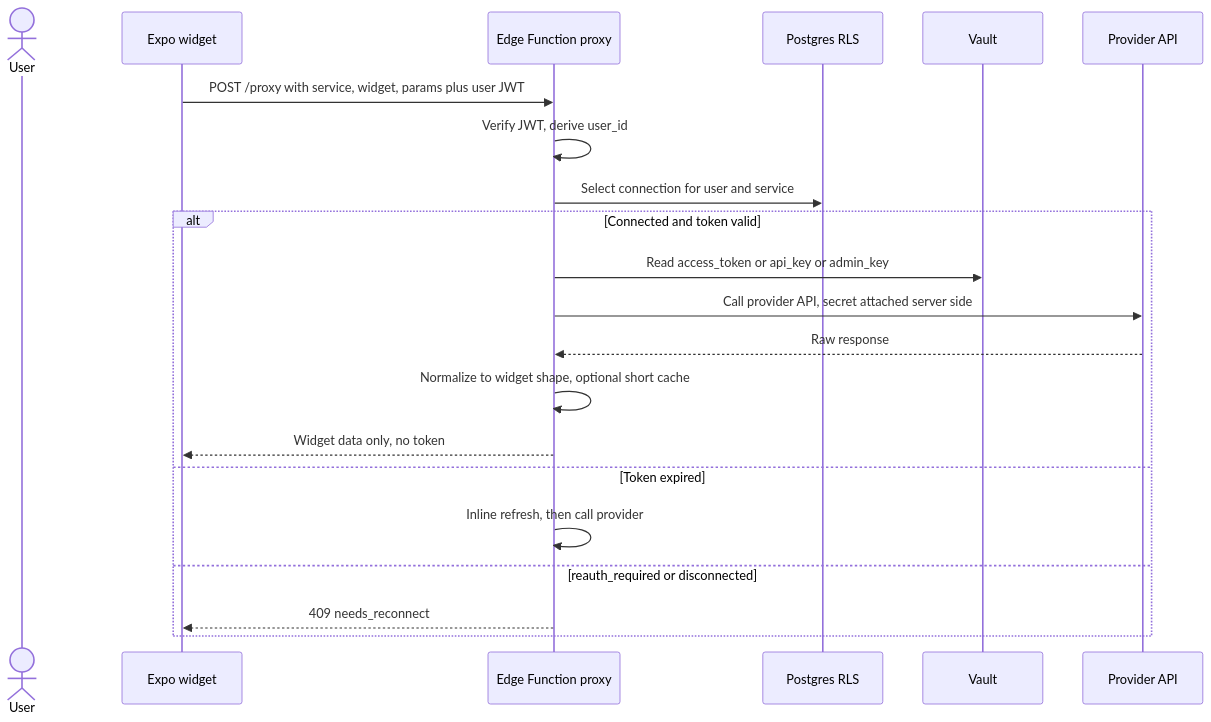
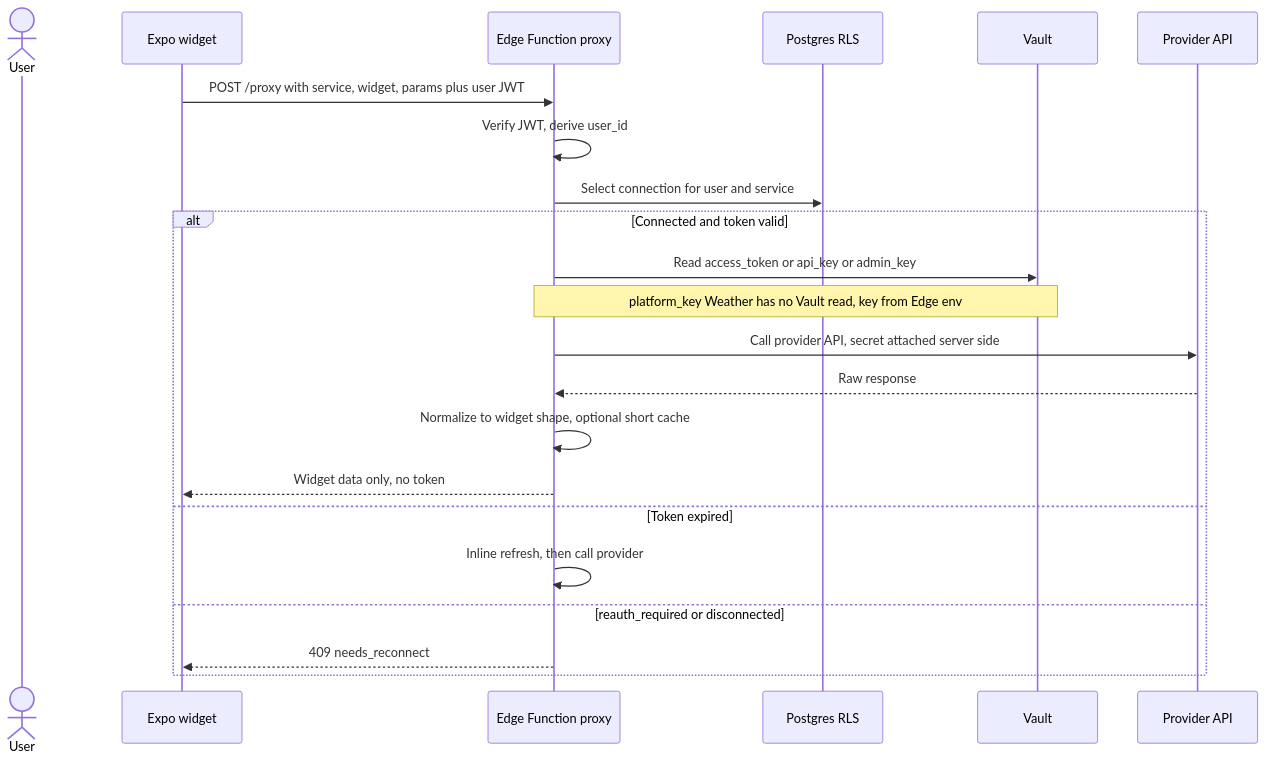
Before and after one commit to xap5xap/alwaysOnDashboard: the third of 4 diagrams in docs/specs/oauth-token-model.md, drawn with Mermaid. The commit also changed other lines of this file and 1 other file, not shown here.

First line of the commit message:
docs(specs): model Weather as platform_key auth class (AOD-13)

````diff
--- a/docs/specs/oauth-token-model.md
+++ b/docs/specs/oauth-token-model.md
@@ -259,24 +268,25 @@
 ```mermaid
 sequenceDiagram
     actor U as User
     participant App as Expo widget
     participant EF as Edge Function proxy
     participant DB as Postgres RLS
     participant V as Vault
     participant P as Provider API
 
     App->>EF: POST /proxy with service, widget, params plus user JWT
     EF->>EF: Verify JWT, derive user_id
     EF->>DB: Select connection for user and service
     alt Connected and token valid
         EF->>V: Read access_token or api_key or admin_key
+        Note over EF,V: platform_key Weather has no Vault read, key from Edge env
         EF->>P: Call provider API, secret attached server side
         P-->>EF: Raw response
         EF->>EF: Normalize to widget shape, optional short cache
         EF-->>App: Widget data only, no token
     else Token expired
         EF->>EF: Inline refresh, then call provider
     else reauth_required or disconnected
         EF-->>App: 409 needs_reconnect
     end
 ```
````
